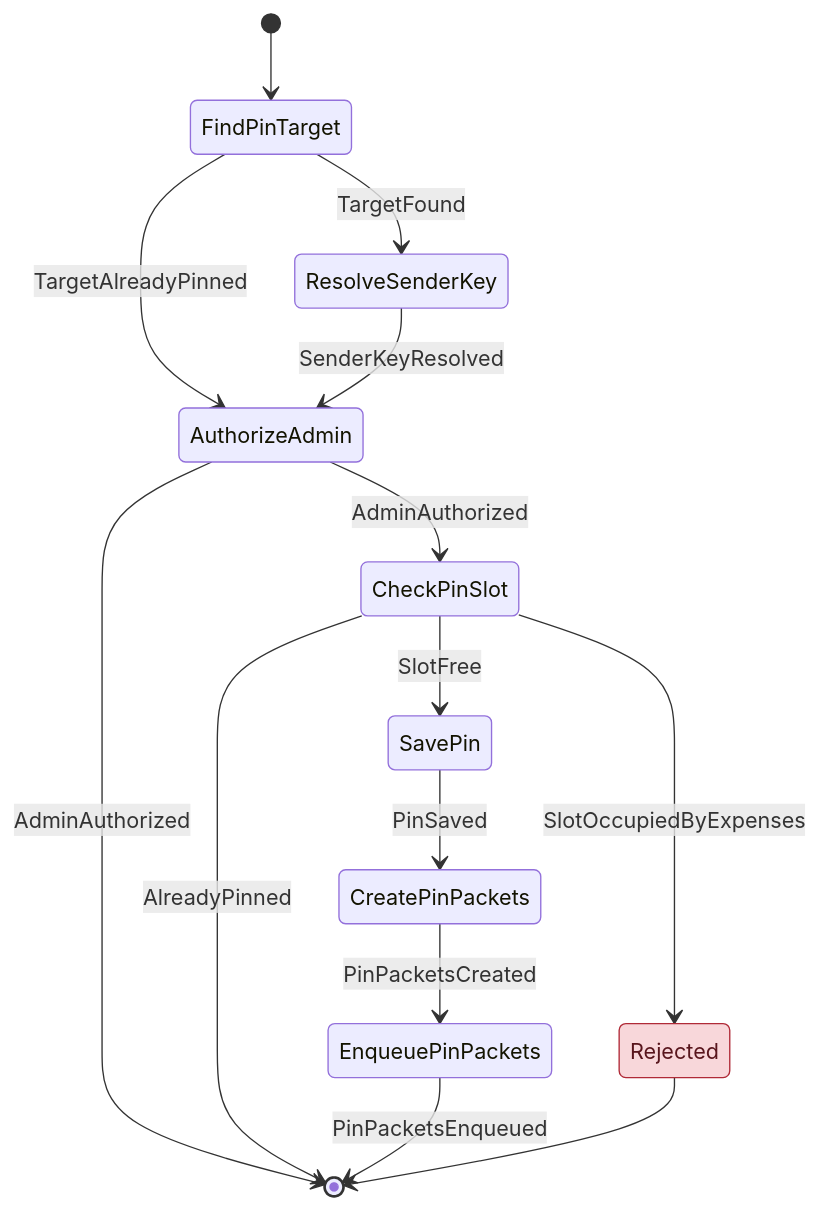
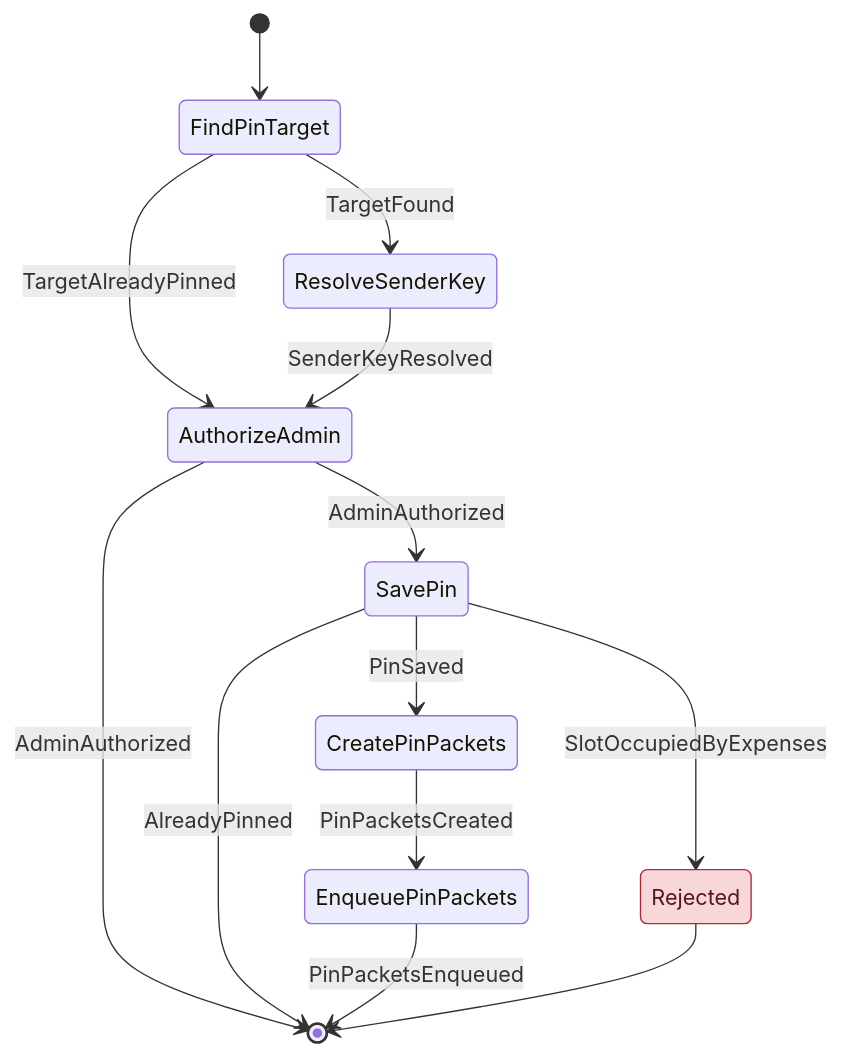
Diagram 14 of 16 in docs/architecture/workflows/groupstate.md (cbgm/Sparrow), drawn with Mermaid before and after one commit. The commit also changed other lines of this file and 226 other files, not shown here.

````diff
--- a/docs/architecture/workflows/groupstate.md
+++ b/docs/architecture/workflows/groupstate.md
@@ -328,18 +323,17 @@
 ```mermaid
 stateDiagram-v2
     [*] --> FindPinTarget
     FindPinTarget --> AuthorizeAdmin : TargetAlreadyPinned
     FindPinTarget --> ResolveSenderKey : TargetFound
     ResolveSenderKey --> AuthorizeAdmin : SenderKeyResolved
-    AuthorizeAdmin --> CheckPinSlot : AdminAuthorized
+    AuthorizeAdmin --> SavePin : AdminAuthorized
     AuthorizeAdmin --> [*] : AdminAuthorized
-    CheckPinSlot --> [*] : AlreadyPinned
-    CheckPinSlot --> SavePin : SlotFree
-    CheckPinSlot --> Rejected : SlotOccupiedByExpenses
+    SavePin --> [*] : AlreadyPinned
     SavePin --> CreatePinPackets : PinSaved
+    SavePin --> Rejected : SlotOccupiedByExpenses
     CreatePinPackets --> EnqueuePinPackets : PinPacketsCreated
     EnqueuePinPackets --> [*] : PinPacketsEnqueued
     Rejected --> [*]
     classDef reject fill:#f8d7da,stroke:#b02a37,color:#58151c
     class Rejected reject
 ```
````
